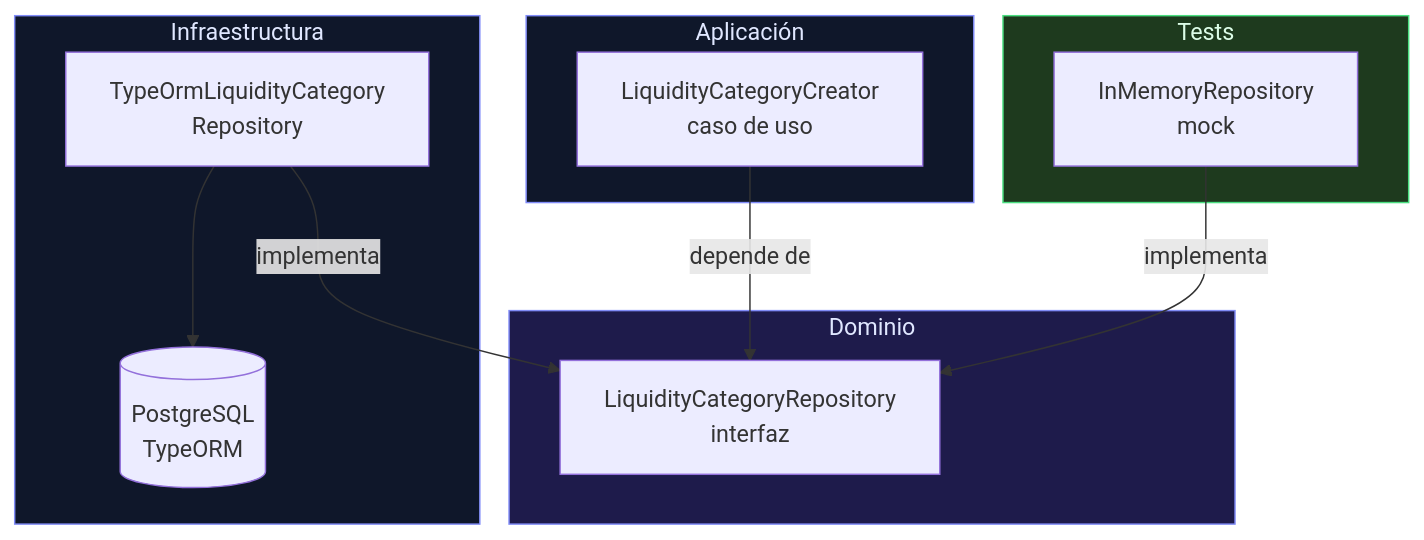
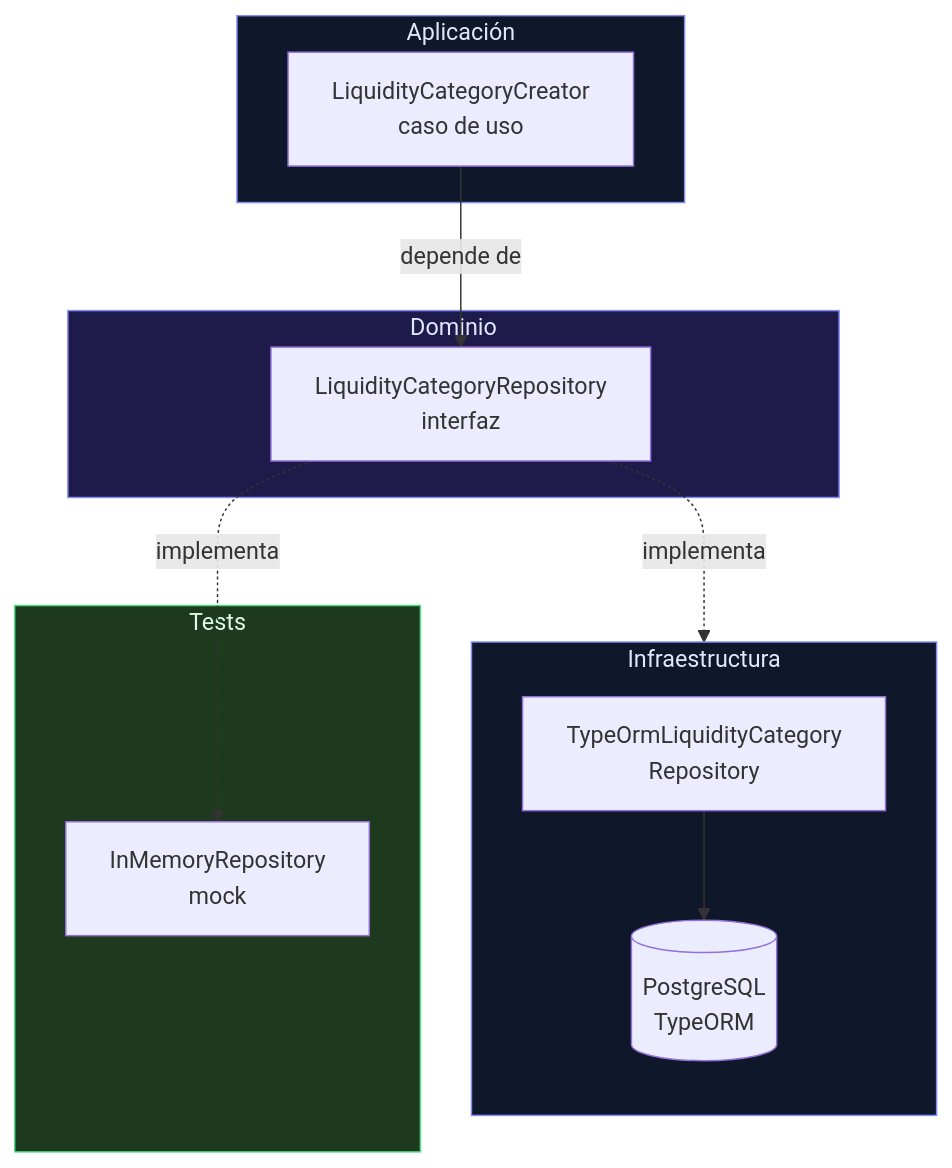
Before and after one commit to AbrahamVilchesDeLaCruz/porfolio-neon-astro: the diagram in src/content/blog/09-repository-pattern-dominio-sin-acoplamiento.md, drawn with Mermaid. The commit also changed other lines of this file and 7 other files, not shown here.

Commit message:
Refactor blog posts for clarity and consistency in language; update titles and descriptions, improve flowcharts, and enhance readability. Add new article on the relationship between testability and observability in software design.

````diff
--- a/src/content/blog/09-repository-pattern-dominio-sin-acoplamiento.md
+++ b/src/content/blog/09-repository-pattern-dominio-sin-acoplamiento.md
@@ -90,28 +90,31 @@
 ```mermaid
 flowchart TB
-    subgraph Dominio
-        I[LiquidityCategoryRepository\ninterfaz]
+    subgraph Aplicacion[Aplicación]
+        UC["LiquidityCategoryCreator<br/>caso de uso"]
     end
 
-    subgraph Aplicación
-        UC[LiquidityCategoryCreator\ncaso de uso]
-        UC -->|depende de| I
+    subgraph Dominio
+        I["LiquidityCategoryRepository<br/>interfaz"]
     end
 
+    UC -->|depende de| I
+
     subgraph Infraestructura
-        IMPL[TypeOrmLiquidityCategory\nRepository]
-        IMPL -->|implementa| I
-        DB[(PostgreSQL\nTypeORM)]
+        direction TB
+        IMPL["TypeOrmLiquidityCategory<br/>Repository"]
+        DB[("PostgreSQL<br/>TypeORM")]
         IMPL --> DB
     end
 
     subgraph Tests
-        MOCK[InMemoryRepository\nmock]
-        MOCK -->|implementa| I
+        MOCK["InMemoryRepository<br/>mock"]
     end
 
+    I -.->|implementa| IMPL
+    I -.->|implementa| MOCK
+
     style Dominio fill:#1e1b4b,stroke:#818cf8,color:#e0e7ff
-    style Aplicación fill:#0f172a,stroke:#818cf8,color:#e0e7ff
+    style Aplicacion fill:#0f172a,stroke:#818cf8,color:#e0e7ff
     style Infraestructura fill:#0f172a,stroke:#818cf8,color:#e0e7ff
     style Tests fill:#1e3a1e,stroke:#4ade80,color:#dcfce7
 ```
````
